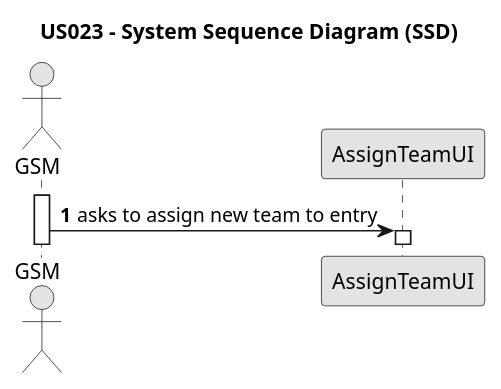
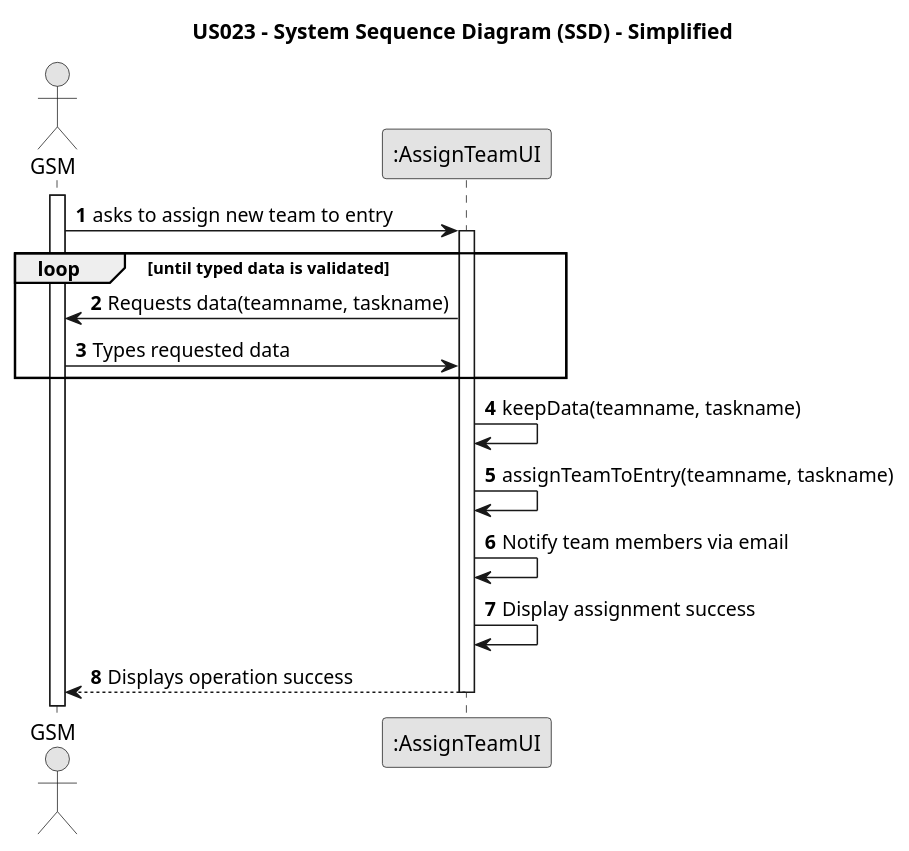
The diagram in docs/SprintC/us023/01.requirements-engineering/puml/us023-system-sequence-diagram.puml (Rui-San/LAPR2_2023_2024), drawn with PlantUML before and after one commit. The commit also changed 1 other file, not shown here.

Commit message:
US23 - kept working on SSD and SD

```diff
--- a/docs/SprintC/us023/01.requirements-engineering/puml/us023-system-sequence-diagram.puml
+++ b/docs/SprintC/us023/01.requirements-engineering/puml/us023-system-sequence-diagram.puml
@@ -1,20 +1,31 @@
 @startuml
 skinparam monochrome true
 skinparam packageStyle rectangle
 skinparam shadowing false
 
-title US023 - System Sequence Diagram (SSD)
+title US023 - System Sequence Diagram (SSD) - Simplified
 
 autonumber
 
 actor "GSM" as GSM
-participant "AssignTeamUI" as UI
+participant ":AssignTeamUI" as UI
+
 activate GSM
 
     GSM -> UI: asks to assign new team to entry
     activate UI
 
+    loop until typed data is validated
+    UI -> GSM: Requests data(teamname, taskname)
+    GSM -> UI: Types requested data
+    end loop
 
+    UI -> UI: keepData(teamname, taskname)
+    UI -> UI: assignTeamToEntry(teamname, taskname)
+    UI -> UI: Notify team members via email
+    UI -> UI: Display assignment success
 
+    UI --> GSM: Displays operation success
+    deactivate UI
 
 @enduml
```
